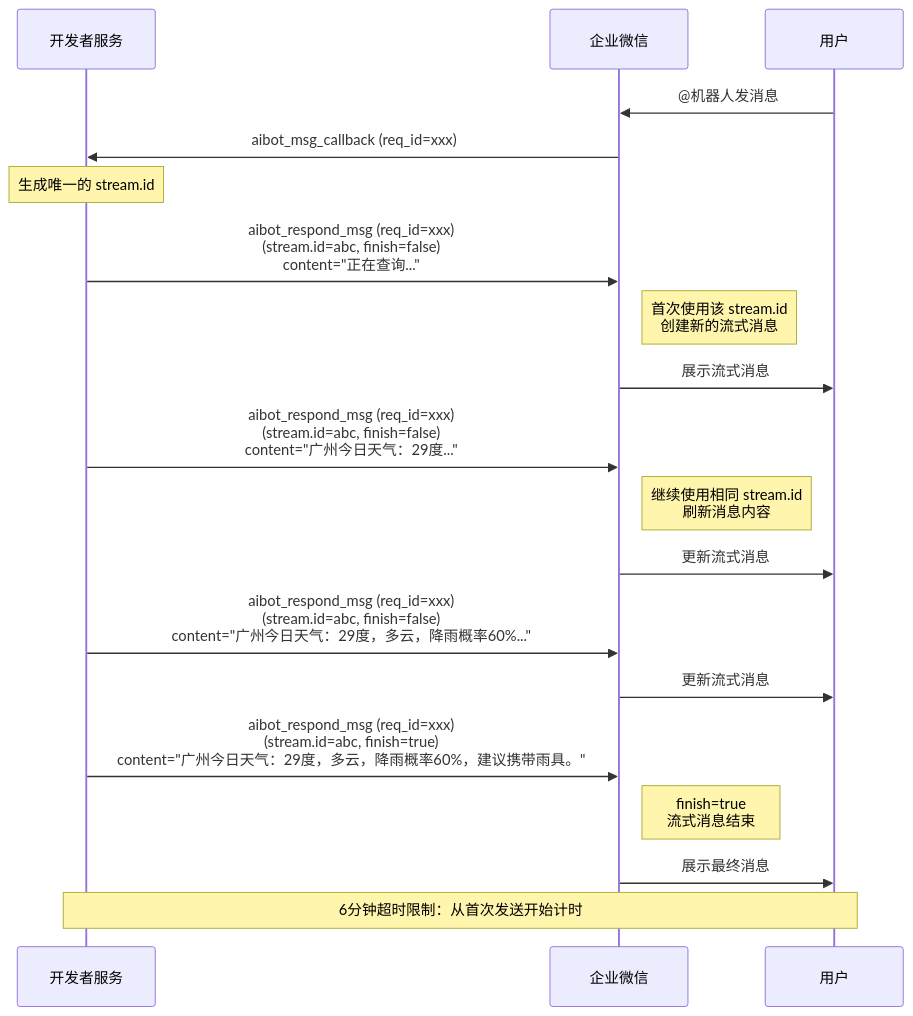
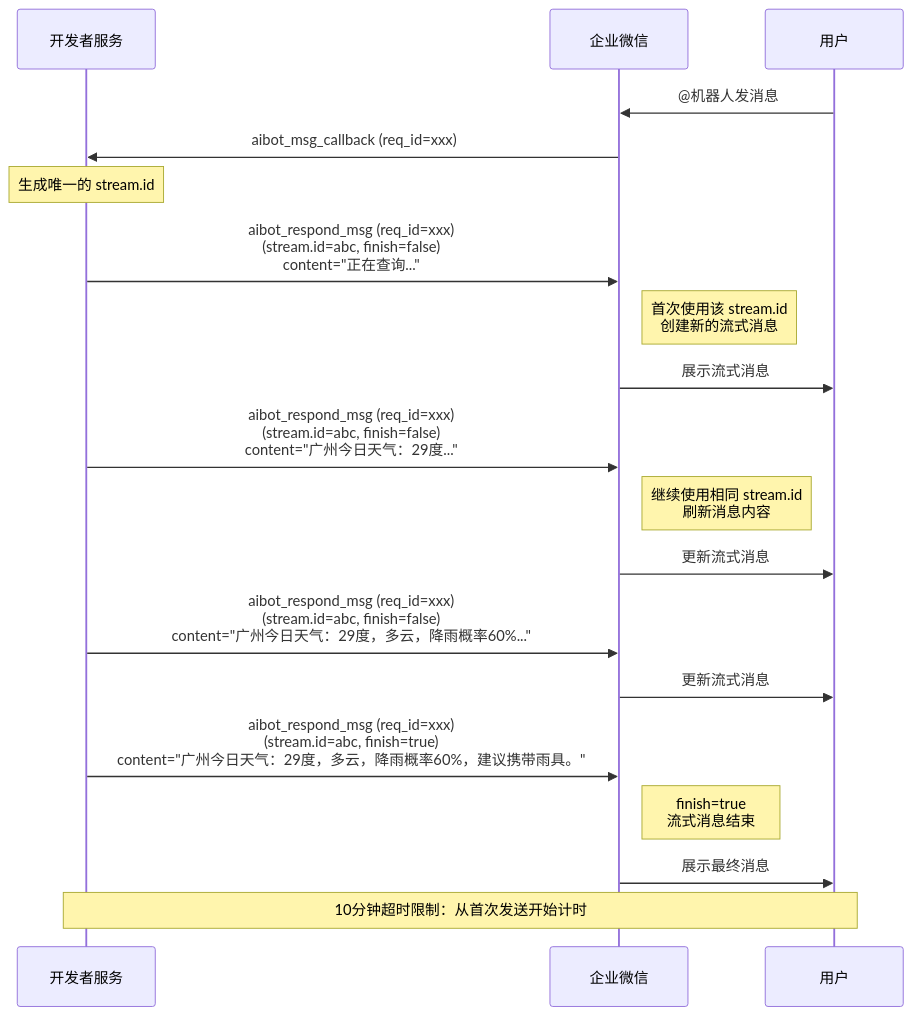
One commit to IMBotPlatform/bot-protocol-wecom changed the third of 3 diagrams in docs/wecom_ai_bot/8_智能机器人长连接.md. Above: the diagram before and after it, drawn with Mermaid. The commit also changed other lines of this file and 32 other files, not shown here.

````diff
--- a/docs/wecom_ai_bot/8_智能机器人长连接.md
+++ b/docs/wecom_ai_bot/8_智能机器人长连接.md
@@ -488,27 +499,27 @@
 ```mermaid
 sequenceDiagram
     participant Dev as 开发者服务
     participant WeCom as 企业微信
     participant User as 用户
 
     User->>WeCom: @机器人发消息
     WeCom->>Dev: aibot_msg_callback (req_id=xxx)
-    
+
     Note over Dev: 生成唯一的 stream.id
     Dev->>WeCom: aibot_respond_msg (req_id=xxx)<br/>(stream.id=abc, finish=false)<br/>content="正在查询..."
     Note right of WeCom: 首次使用该 stream.id<br/>创建新的流式消息
     WeCom->>User: 展示流式消息
 
     Dev->>WeCom: aibot_respond_msg (req_id=xxx)<br/>(stream.id=abc, finish=false)<br/>content="广州今日天气：29度..."
     Note right of WeCom: 继续使用相同 stream.id<br/>刷新消息内容
     WeCom->>User: 更新流式消息
 
     Dev->>WeCom: aibot_respond_msg (req_id=xxx)<br/>(stream.id=abc, finish=false)<br/>content="广州今日天气：29度，多云，降雨概率60%..."
     WeCom->>User: 更新流式消息
 
     Dev->>WeCom: aibot_respond_msg (req_id=xxx)<br/>(stream.id=abc, finish=true)<br/>content="广州今日天气：29度，多云，降雨概率60%，建议携带雨具。"
     Note right of WeCom: finish=true<br/>流式消息结束
     WeCom->>User: 展示最终消息
 
-    Note over Dev,User: 6分钟超时限制：从首次发送开始计时
+    Note over Dev,User: 10分钟超时限制：从首次发送开始计时
 ```
````
